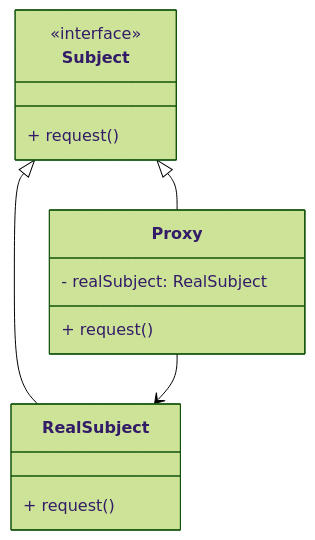
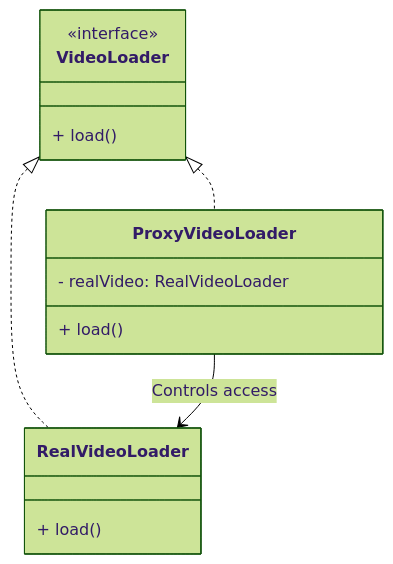
Before and after one commit to swapnilphalke97/Design-Pattern: diagram 12 of 22 in Readme.md, drawn with Mermaid (forest theme). The commit also changed other lines of this file, not shown here.

````diff
--- a/Readme.md
+++ b/Readme.md
@@ -490,17 +545,17 @@
 ```mermaid
 classDiagram
-    class Subject {
+    class VideoLoader {
         <<interface>>
-        + request()
+        + load()
     }
-    class RealSubject {
-        + request()
+    class RealVideoLoader {
+        + load()
     }
-    class Proxy {
-        - realSubject: RealSubject
-        + request()
+    class ProxyVideoLoader {
+        - realVideo: RealVideoLoader
+        + load()
     }
-    Subject <|-- RealSubject
-    Subject <|-- Proxy
-    Proxy --> RealSubject
+    VideoLoader <|.. RealVideoLoader
+    VideoLoader <|.. ProxyVideoLoader
+    ProxyVideoLoader --> RealVideoLoader : Controls access
 ```
````
